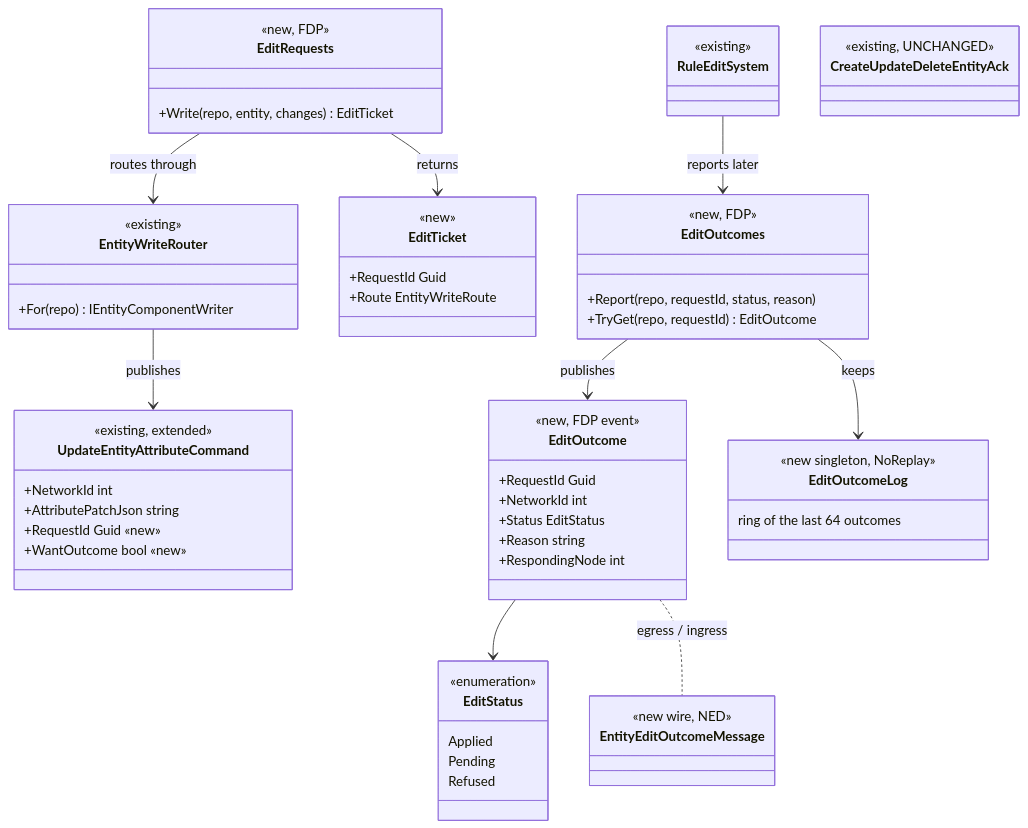
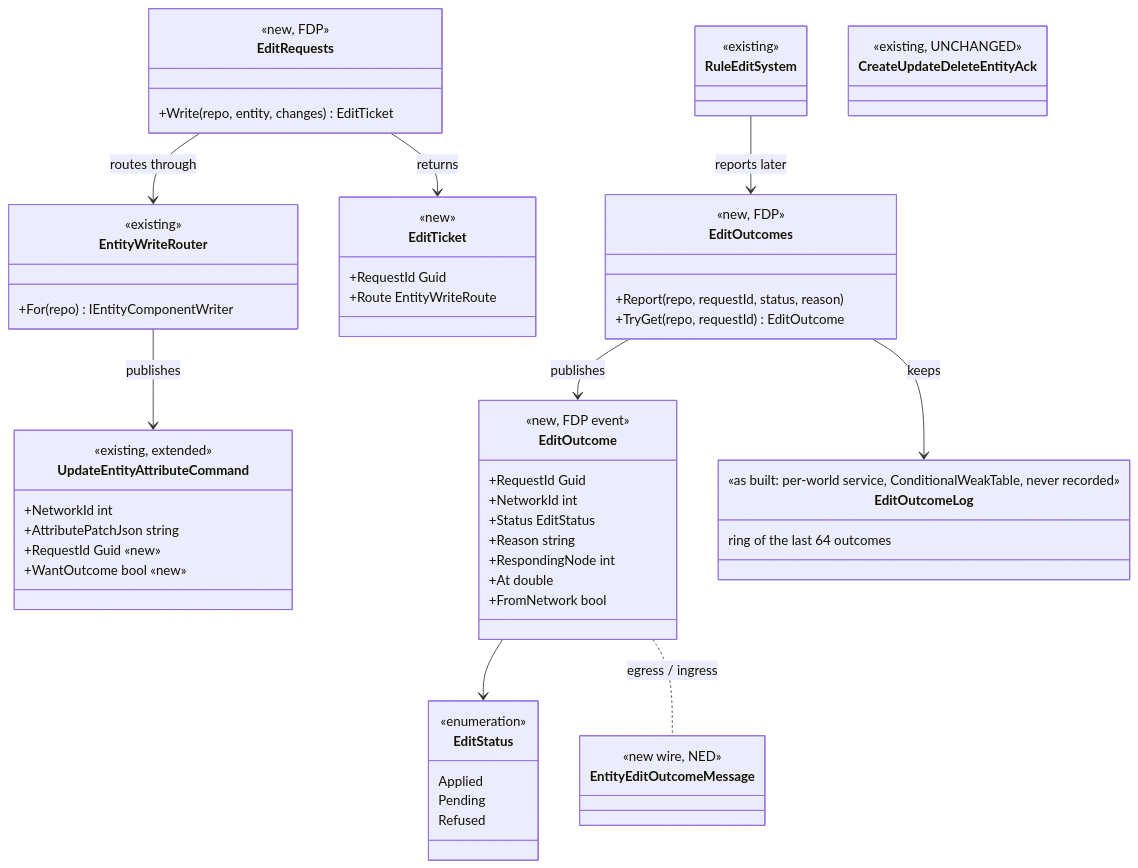
One commit to pjanec/HROT changed the first of 5 diagrams in docs/DESIGN_Remote_Edit_Outcome.md. Above: the diagram before and after it, drawn with Mermaid. The commit also changed other lines of this file and 26 other files, not shown here.

````diff
--- a/docs/DESIGN_Remote_Edit_Outcome.md
+++ b/docs/DESIGN_Remote_Edit_Outcome.md
@@ -44,63 +44,65 @@
 ```mermaid
 classDiagram
     class EntityWriteRouter {
         <<existing>>
         +For(repo) IEntityComponentWriter
     }
     class UpdateEntityAttributeCommand {
         <<existing, extended>>
         +NetworkId int
         +AttributePatchJson string
         +RequestId Guid  «new»
         +WantOutcome bool  «new»
     }
     class EditRequests {
         <<new, FDP>>
         +Write(repo, entity, changes) EditTicket
     }
     class EditTicket {
         <<new>>
         +RequestId Guid
         +Route EntityWriteRoute
     }
     class EditOutcome {
         <<new, FDP event>>
         +RequestId Guid
         +NetworkId int
         +Status EditStatus
         +Reason string
         +RespondingNode int
+        +At double
+        +FromNetwork bool
     }
     class EditStatus {
         <<enumeration>>
         Applied
         Pending
         Refused
     }
     class EditOutcomes {
         <<new, FDP>>
         +Report(repo, requestId, status, reason)
         +TryGet(repo, requestId) EditOutcome
     }
     class EditOutcomeLog {
-        <<new singleton, NoReplay>>
+        <<as built: per-world service, ConditionalWeakTable, never recorded>>
         ring of the last 64 outcomes
     }
     class EntityEditOutcomeMessage {
         <<new wire, NED>>
     }
     class RuleEditSystem {
         <<existing>>
     }
     class CreateUpdateDeleteEntityAck {
         <<existing, UNCHANGED>>
     }
     EditRequests --> EntityWriteRouter : routes through
     EditRequests --> EditTicket : returns
     EntityWriteRouter --> UpdateEntityAttributeCommand : publishes
     EditOutcomes --> EditOutcome : publishes
     EditOutcomes --> EditOutcomeLog : keeps
     EditOutcome --> EditStatus
     EditOutcome .. EntityEditOutcomeMessage : egress / ingress
     RuleEditSystem --> EditOutcomes : reports later
 ```
````
